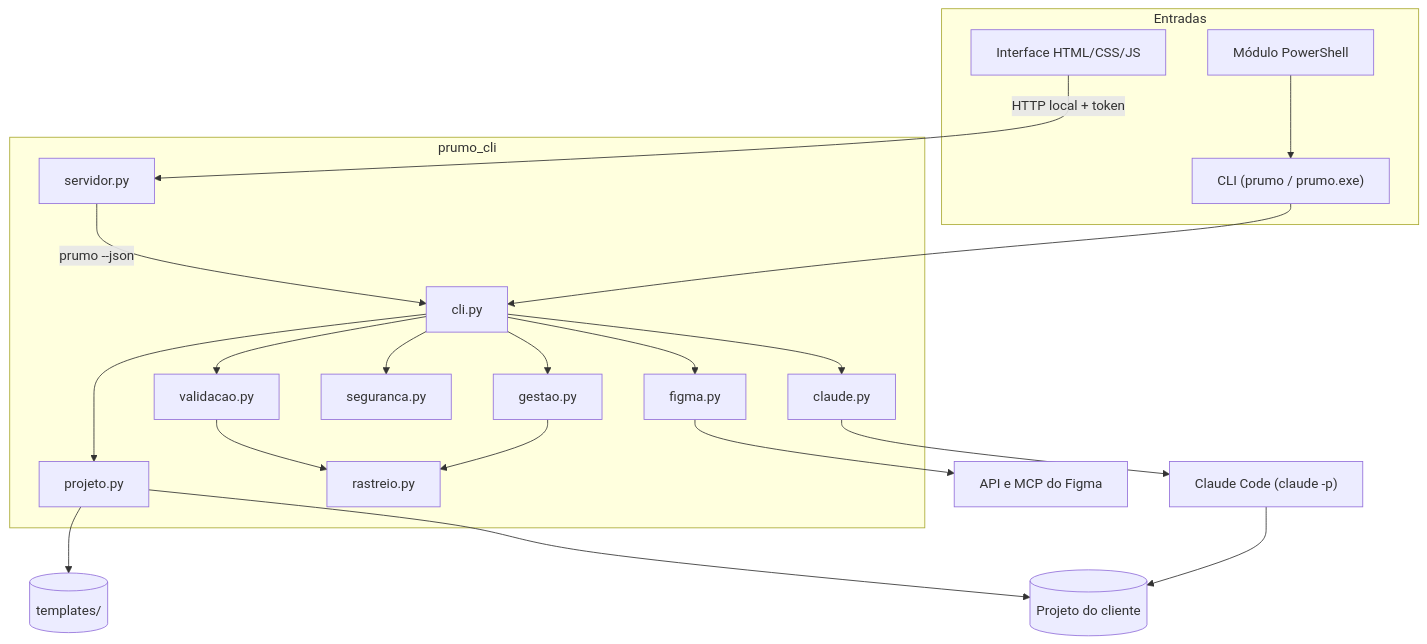
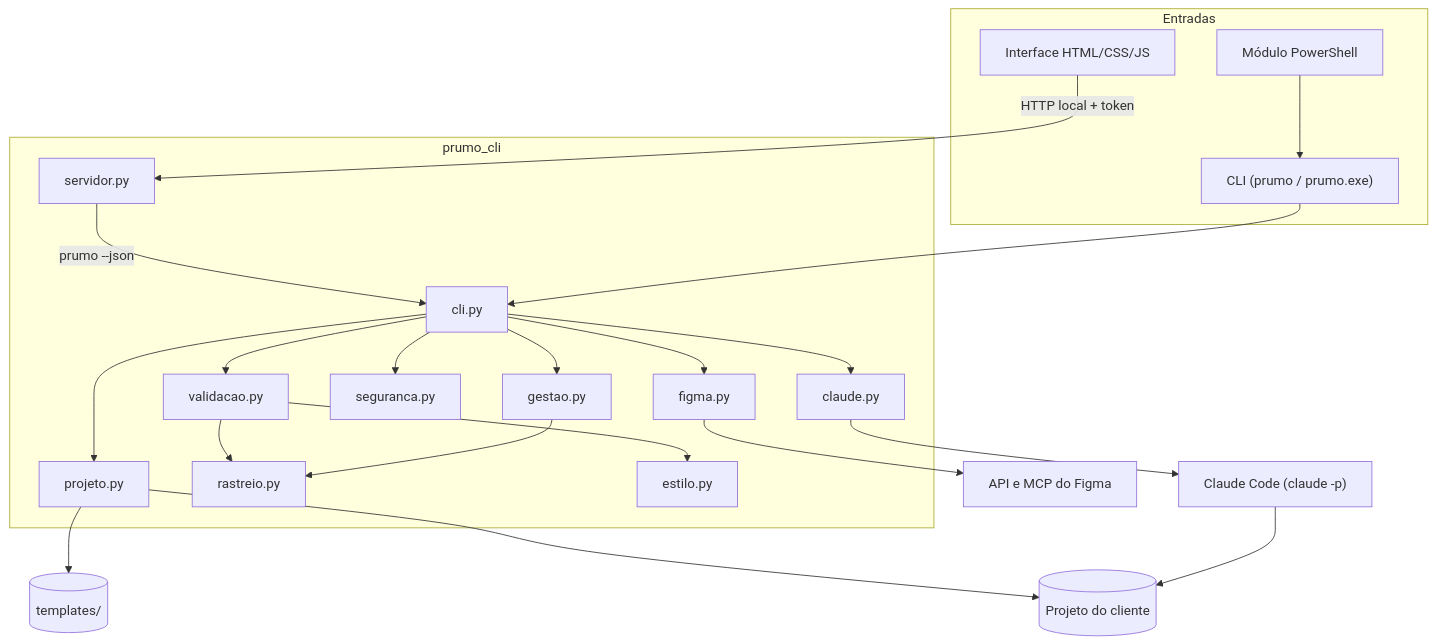
The diagram in docs/arquitetura-do-prumo.md (tombfarias/prumo), drawn with Mermaid before and after one commit. The commit also changed other lines of this file and 15 other files, not shown here.

````diff
--- a/docs/arquitetura-do-prumo.md
+++ b/docs/arquitetura-do-prumo.md
@@ -7,40 +7,42 @@
 ```mermaid
 flowchart TB
     subgraph entradas["Entradas"]
         cli["CLI (prumo / prumo.exe)"]
         ps["Módulo PowerShell"]
         gui["Interface HTML/CSS/JS"]
     end
     subgraph nucleo["prumo_cli"]
         cliPy["cli.py"]
         proj["projeto.py"]
         ras["rastreio.py"]
         val["validacao.py"]
+        est["estilo.py"]
         ges["gestao.py"]
         seg["seguranca.py"]
         fig["figma.py"]
         cla["claude.py"]
         srv["servidor.py"]
     end
     tpl[("templates/")]
     projeto[("Projeto do cliente")]
     claude["Claude Code (claude -p)"]
     figmaApi["API e MCP do Figma"]
     ps --> cli
     gui -- "HTTP local + token" --> srv
     srv -- "prumo --json" --> cliPy
     cli --> cliPy
     cliPy --> proj
     cliPy --> val
     cliPy --> ges
     cliPy --> seg
     cliPy --> fig
     cliPy --> cla
     val --> ras
+    val --> est
     ges --> ras
     proj --> tpl
     proj --> projeto
     cla --> claude
     claude --> projeto
     fig --> figmaApi
 ```
````
